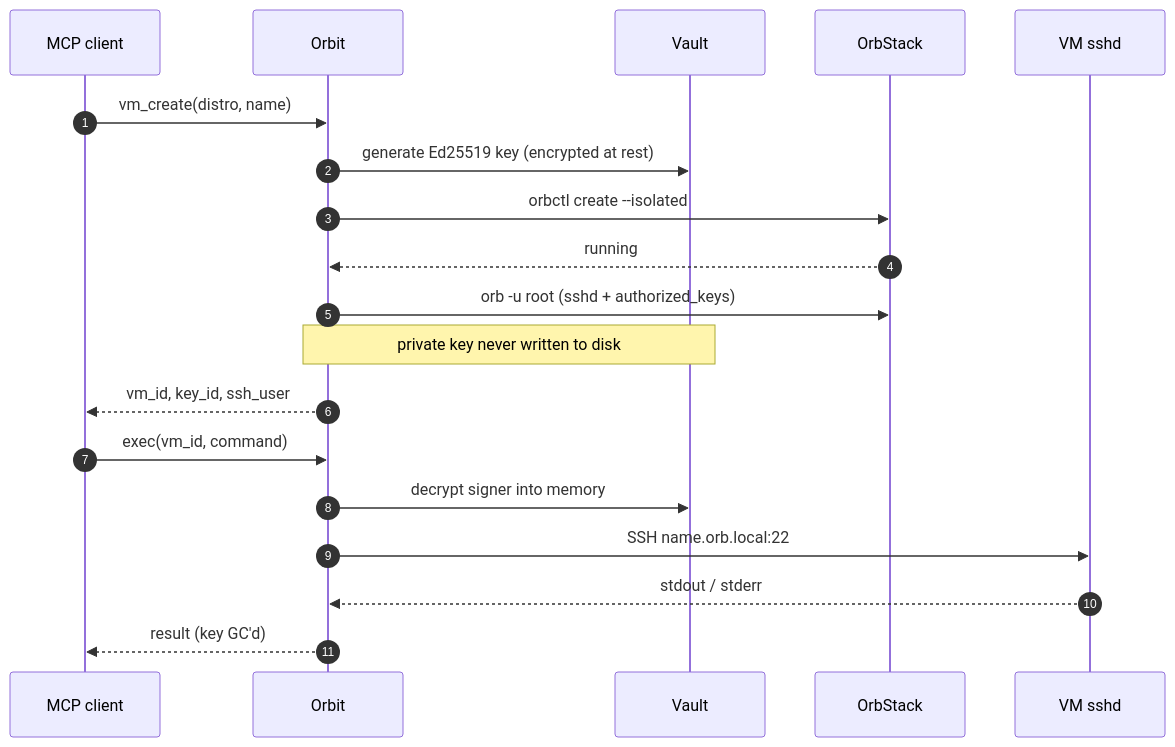
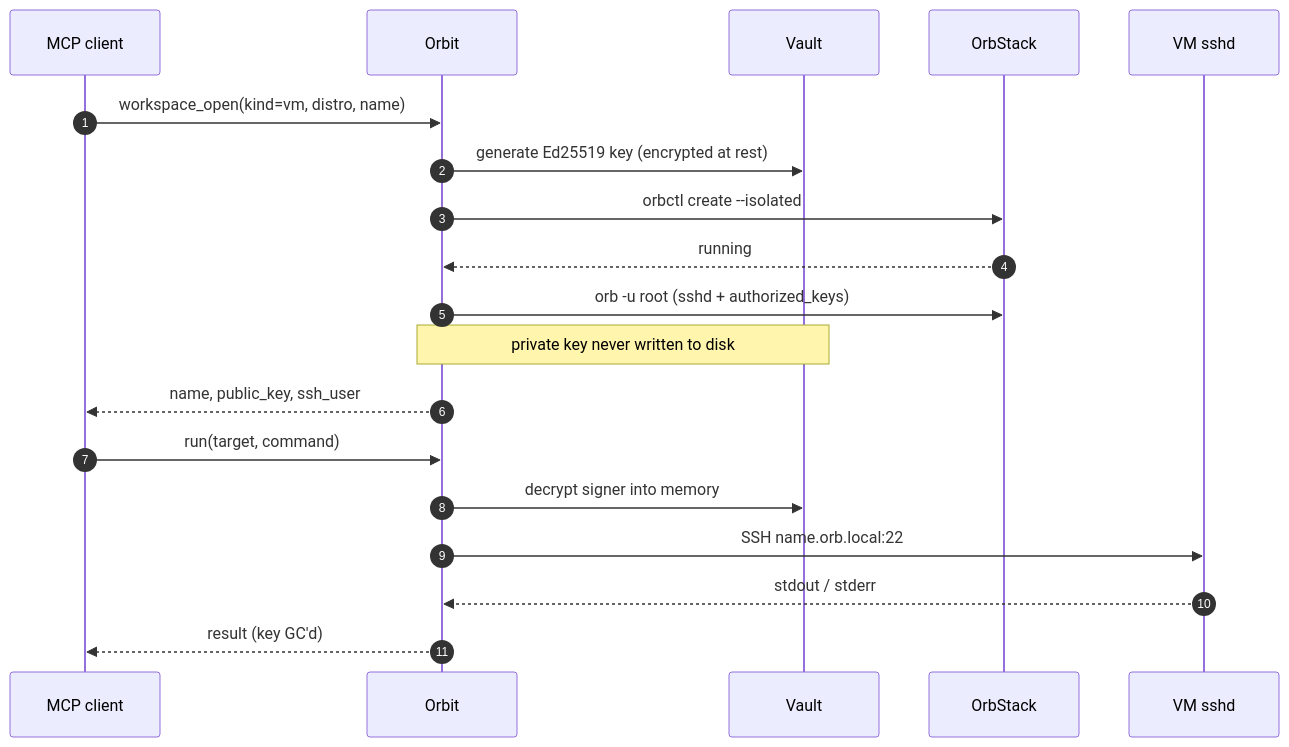
Before and after one commit to machugram/orbit: the diagram in README.md, drawn with Mermaid. The commit also changed other lines of this file and 49 other files, not shown here.

````diff
--- a/README.md
+++ b/README.md
@@ -24,23 +25,23 @@
 ```mermaid
 sequenceDiagram
     autonumber
     participant Agent as MCP client
     participant Orbit
     participant Vault
     participant OrbStack
     participant VM as VM sshd
 
-    Agent->>Orbit: vm_create(distro, name)
+    Agent->>Orbit: workspace_open(kind=vm, distro, name)
     Orbit->>Vault: generate Ed25519 key (encrypted at rest)
     Orbit->>OrbStack: orbctl create --isolated
     OrbStack-->>Orbit: running
     Orbit->>OrbStack: orb -u root (sshd + authorized_keys)
     Note over Orbit,Vault: private key never written to disk
-    Orbit-->>Agent: vm_id, key_id, ssh_user
+    Orbit-->>Agent: name, public_key, ssh_user
 
-    Agent->>Orbit: exec(vm_id, command)
+    Agent->>Orbit: run(target, command)
     Orbit->>Vault: decrypt signer into memory
     Orbit->>VM: SSH name.orb.local:22
     VM-->>Orbit: stdout / stderr
     Orbit-->>Agent: result (key GC'd)
 ```
````
